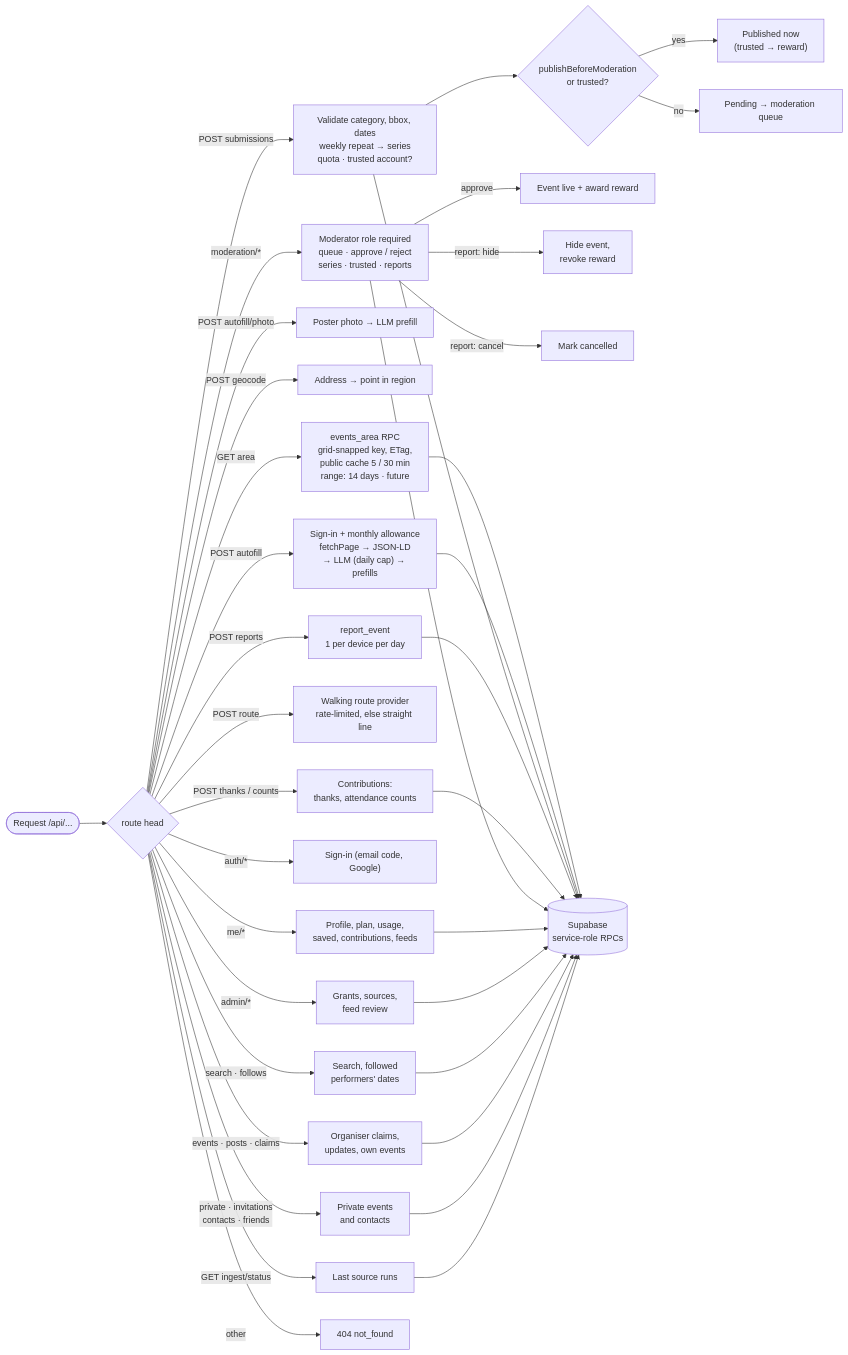
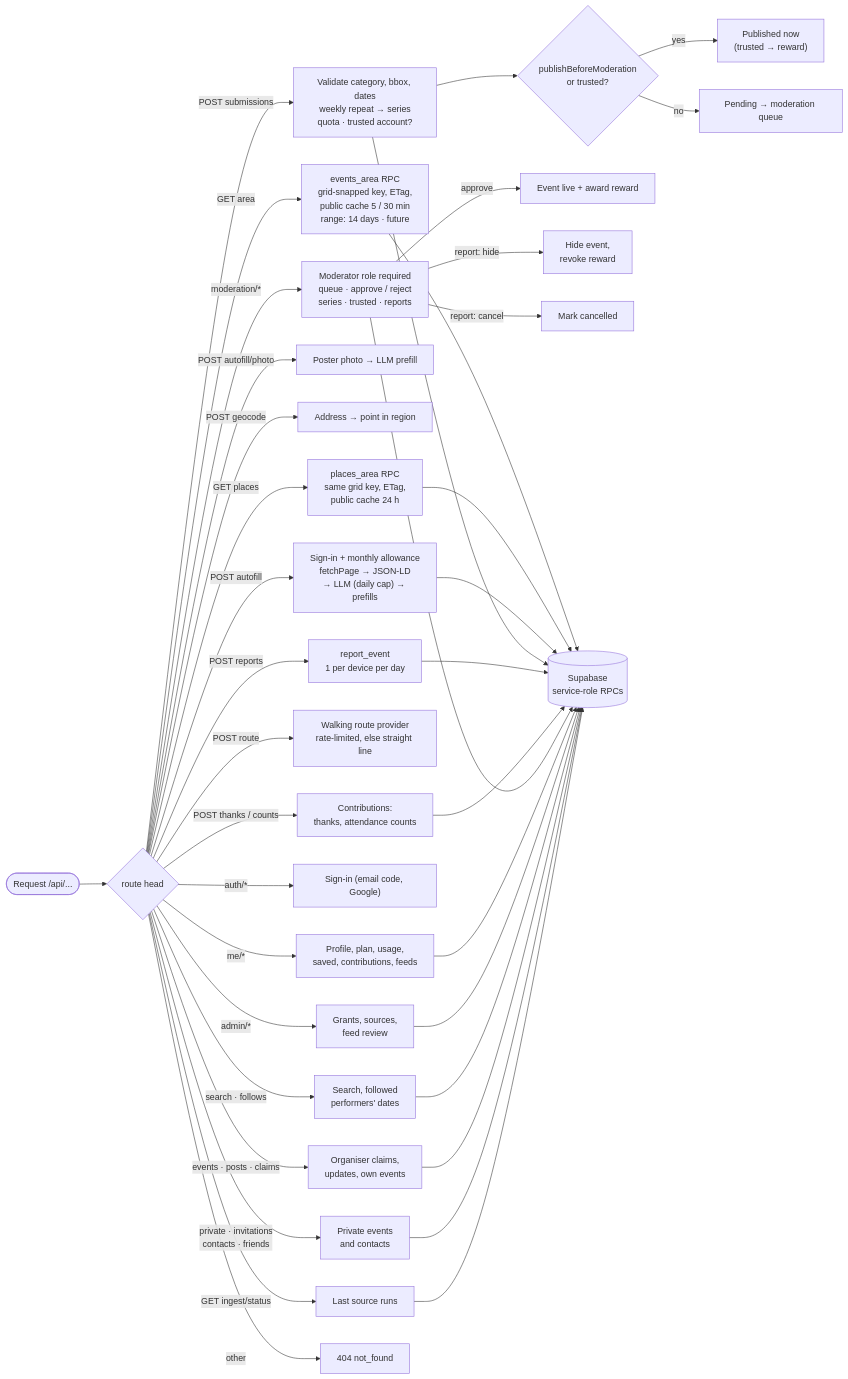
The third of 4 diagrams in docs/ARCHITECTURE.md (PriamSinbob/Happow), drawn with Mermaid before and after one commit. The commit also changed other lines of this file and 31 other files, not shown here.

````diff
--- a/docs/ARCHITECTURE.md
+++ b/docs/ARCHITECTURE.md
@@ -120,30 +120,31 @@
 ```mermaid
 flowchart LR
   REQ(["Request /api/..."]) --> R{"route head"}
   R -- "GET area" --> AREA["events_area RPC<br/>grid-snapped key, ETag,<br/>public cache 5 / 30 min<br/>range: 14 days · future"]
+  R -- "GET places" --> PLACES["places_area RPC<br/>same grid key, ETag,<br/>public cache 24 h"]
   R -- "POST autofill" --> AF["Sign-in + monthly allowance<br/>fetchPage → JSON-LD<br/>→ LLM (daily cap) → prefills"]
   R -- "POST autofill/photo" --> AFP["Poster photo → LLM prefill"]
   R -- "POST geocode" --> GC["Address → point in region"]
   R -- "POST submissions" --> SUB["Validate category, bbox, dates<br/>weekly repeat → series<br/>quota · trusted account?"]
   R -- "POST reports" --> REP["report_event<br/>1 per device per day"]
   R -- "POST thanks / counts" --> CON["Contributions:<br/>thanks, attendance counts"]
   R -- "POST route" --> ROUTE["Walking route provider<br/>rate-limited, else straight line"]
   R -- "moderation/*" --> MOD["Moderator role required<br/>queue · approve / reject<br/>series · trusted · reports"]
   R -- "auth/*" --> AUTH["Sign-in (email code, Google)"]
   R -- "me/*" --> ME["Profile, plan, usage,<br/>saved, contributions, feeds"]
   R -- "admin/*" --> ADM["Grants, sources,<br/>feed review"]
   R -- "search · follows" --> FOL["Search, followed<br/>performers' dates"]
   R -- "events · posts · claims" --> ORG["Organiser claims,<br/>updates, own events"]
   R -- "private · invitations<br/>contacts · friends" --> PRIV["Private events<br/>and contacts"]
   R -- "GET ingest/status" --> IST["Last source runs"]
   R -- other --> E404["404 not_found"]
 
   SUB --> PUB{"publishBeforeModeration<br/>or trusted?"}
   PUB -- yes --> LIVE["Published now<br/>(trusted → reward)"]
   PUB -- no --> PEND["Pending → moderation queue"]
   MOD -- approve --> AWARD["Event live + award reward"]
   MOD -- "report: hide" --> REVOKE["Hide event,<br/>revoke reward"]
   MOD -- "report: cancel" --> CANC["Mark cancelled"]
 
-  AREA & AF & SUB & REP & CON & MOD & ME & ADM & FOL & ORG & PRIV & IST --> DB[("Supabase<br/>service-role RPCs")]
+  AREA & PLACES & AF & SUB & REP & CON & MOD & ME & ADM & FOL & ORG & PRIV & IST --> DB[("Supabase<br/>service-role RPCs")]
 ```
````
